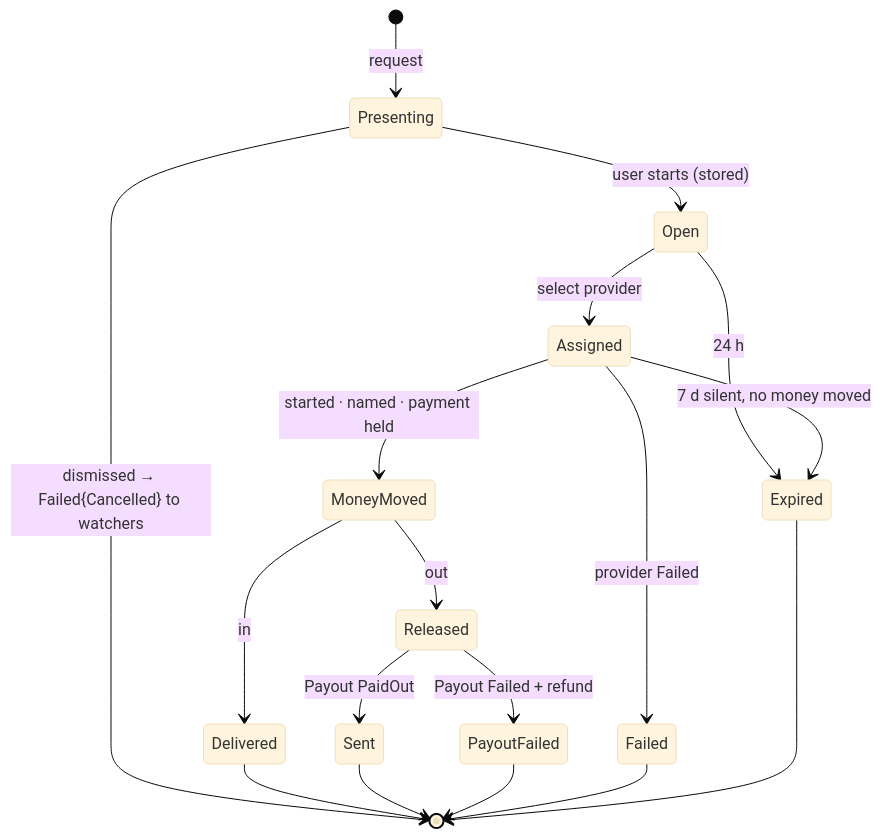
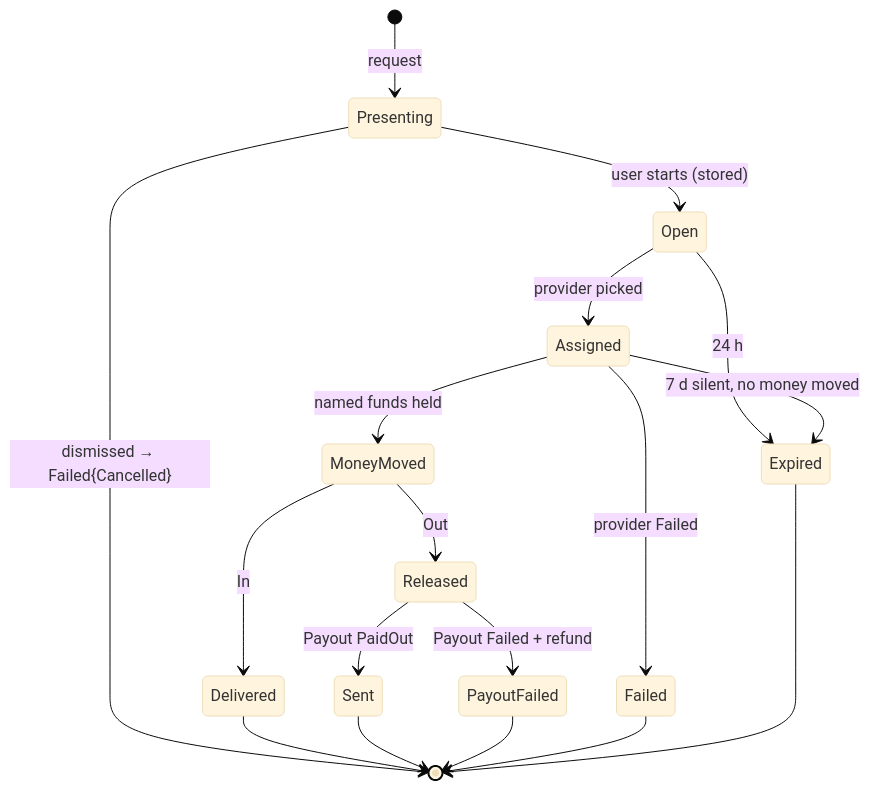
One commit to paritytech/trinity-user-agents changed the sixth of 10 diagrams in docs/design/funding-modality.md. Above: the diagram before and after it, drawn with Mermaid (base theme). The commit also changed other lines of this file and 1 other file, not shown here.

Commit message:
docs(funding): schematics first, host reads back what changed

````diff
--- a/docs/design/funding-modality.md
+++ b/docs/design/funding-modality.md
@@ -169,20 +153,20 @@
 ```mermaid
 stateDiagram-v2
   [*] --> Presenting: request
-  Presenting --> [*]: dismissed → Failed{Cancelled} to watchers
+  Presenting --> [*]: dismissed → Failed{Cancelled}
   Presenting --> Open: user starts (stored)
-  Open --> Assigned: select provider
+  Open --> Assigned: provider picked
   Open --> Expired: 24 h
   Assigned --> Expired: 7 d silent, no money moved
-  Assigned --> MoneyMoved: started · named · payment held
-  MoneyMoved --> Delivered: in
-  MoneyMoved --> Released: out
+  Assigned --> Failed: provider Failed
+  Assigned --> MoneyMoved: named funds held
+  MoneyMoved --> Delivered: In
+  MoneyMoved --> Released: Out
   Released --> Sent: Payout PaidOut
   Released --> PayoutFailed: Payout Failed + refund
-  Assigned --> Failed: provider Failed
   Delivered --> [*]
   Sent --> [*]
   PayoutFailed --> [*]
   Failed --> [*]
   Expired --> [*]
 ```
````
